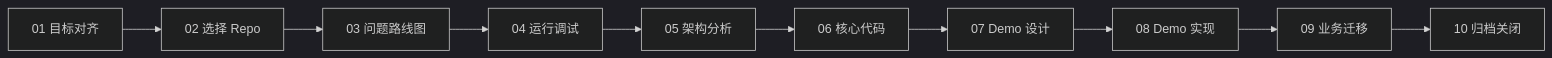
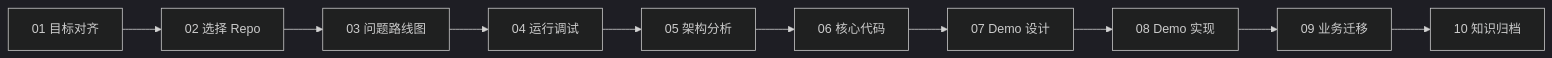
One commit to hedon954/daedalus changed the second of 4 diagrams in README.md. Above: the diagram before and after it, drawn with Mermaid (dark theme). The commit also changed other lines of this file and 1 other file, not shown here.

````diff
--- a/README.md
+++ b/README.md
@@ -56,12 +49,12 @@
 ```mermaid
 flowchart LR
-    Goal["01 目标对齐"] --> Repo["02 选择 Repo"]
-    Repo --> Questions["03 问题路线图"]
-    Questions --> Run["04 运行调试"]
-    Run --> Arch["05 架构分析"]
-    Arch --> Code["06 核心代码"]
-    Code --> DemoDesign["07 Demo 设计"]
-    DemoDesign --> DemoCode["08 Demo 实现"]
-    DemoCode --> Biz["09 业务迁移"]
-    Biz --> Archive["10 归档关闭"]
+    S01["01 目标对齐"] --> S02["02 选择 Repo"]
+    S02 --> S03["03 问题路线图"]
+    S03 --> S04["04 运行调试"]
+    S04 --> S05["05 架构分析"]
+    S05 --> S06["06 核心代码"]
+    S06 --> S07["07 Demo 设计"]
+    S07 --> S08["08 Demo 实现"]
+    S08 --> S09["09 业务迁移"]
+    S09 --> S10["10 知识归档"]
 ```
````
